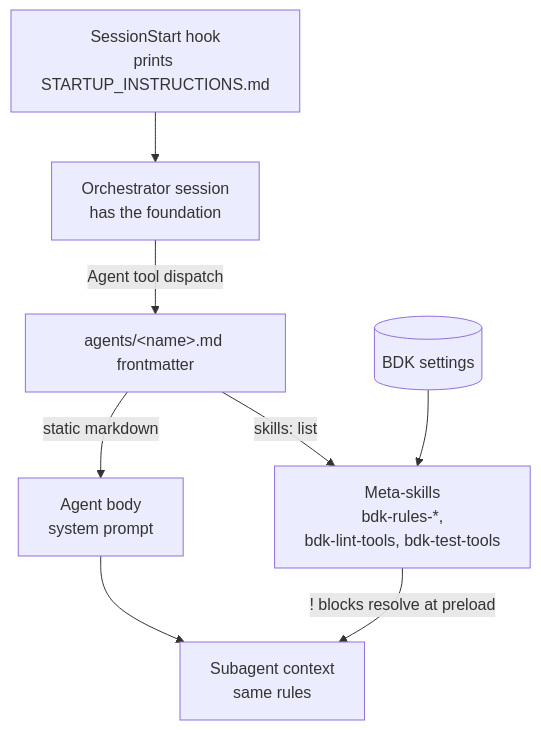
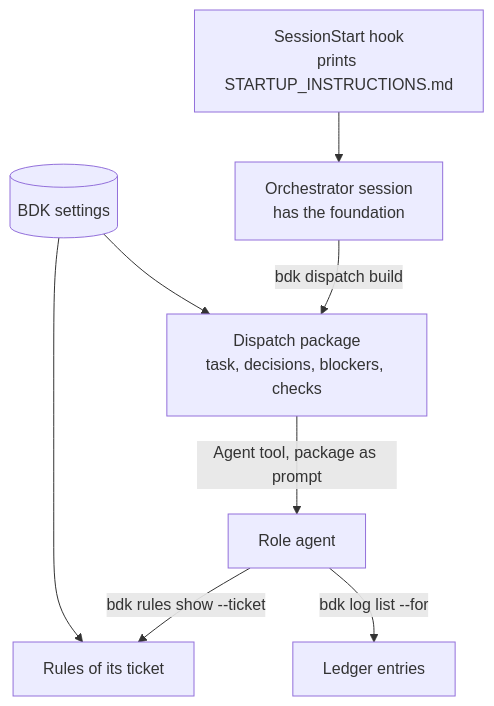
The diagram in docs/guide/concepts/shared-foundation.md (broneq/bdk), drawn with Mermaid before and after one commit. The commit also changed other lines of this file and 49 other files, not shown here.

First line of the commit message:
feat(plugin): remove the twelve v2 agents and the bdk-* meta-skills (T42)

````diff
--- a/docs/guide/concepts/shared-foundation.md
+++ b/docs/guide/concepts/shared-foundation.md
@@ -44,10 +34,10 @@
 ```mermaid
 flowchart TB
     hook["SessionStart hook<br/>prints STARTUP_INSTRUCTIONS.md"] --> orch["Orchestrator session<br/>has the foundation"]
-    orch -->|"Agent tool dispatch"| fm["agents/&lt;name&gt;.md frontmatter"]
-    fm -->|"skills: list"| meta["Meta-skills<br/>bdk-rules-*,<br/>bdk-lint-tools, bdk-test-tools"]
-    meta -->|"! blocks resolve at preload"| sub["Subagent context<br/>same rules"]
-    fm -->|"static markdown"| body["Agent body<br/>system prompt"]
-    body --> sub
-    settings[("BDK settings")] --> meta
+    orch -->|"bdk dispatch build"| pkg["Dispatch package<br/>task, decisions, blockers, checks"]
+    pkg -->|"Agent tool, package as prompt"| sub["Role agent"]
+    sub -->|"bdk rules show --ticket"| rules["Rules of its ticket"]
+    sub -->|"bdk log list --for"| ledger["Ledger entries"]
+    settings[("BDK settings")] --> pkg
+    settings --> rules
 ```
````
